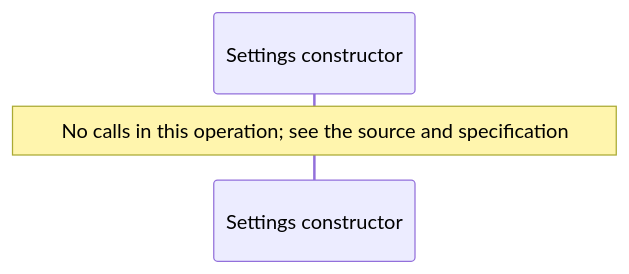
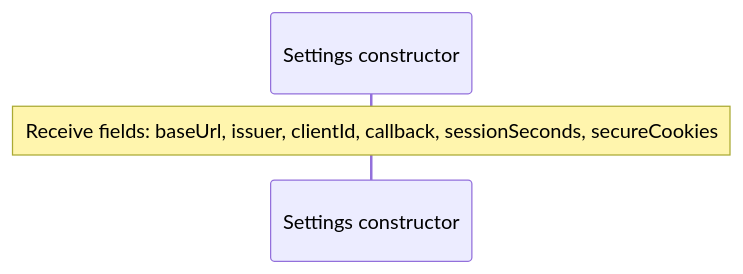
One commit to GreenPandaStudios/augscript changed the third of 4 diagrams in docs/examples/oidc-login/common/settings-diagrams.md. Above: the diagram before and after it, drawn with Mermaid. The commit also changed other lines of this file and 289 other files, not shown here.

Commit message:
Correct diagram control flow and complete generated wiki navigation

````diff
--- a/docs/examples/oidc-login/common/settings-diagrams.md
+++ b/docs/examples/oidc-login/common/settings-diagrams.md
@@ -45,6 +45,6 @@
 ```mermaid
 sequenceDiagram
     participant p0 as Settings constructor
 
-    Note over p0: No calls in this operation#59; see the source and specification
+    Note over p0: Receive fields: baseUrl, issuer, clientId, callback, sessionSeconds, secureCookies
 ```
````
